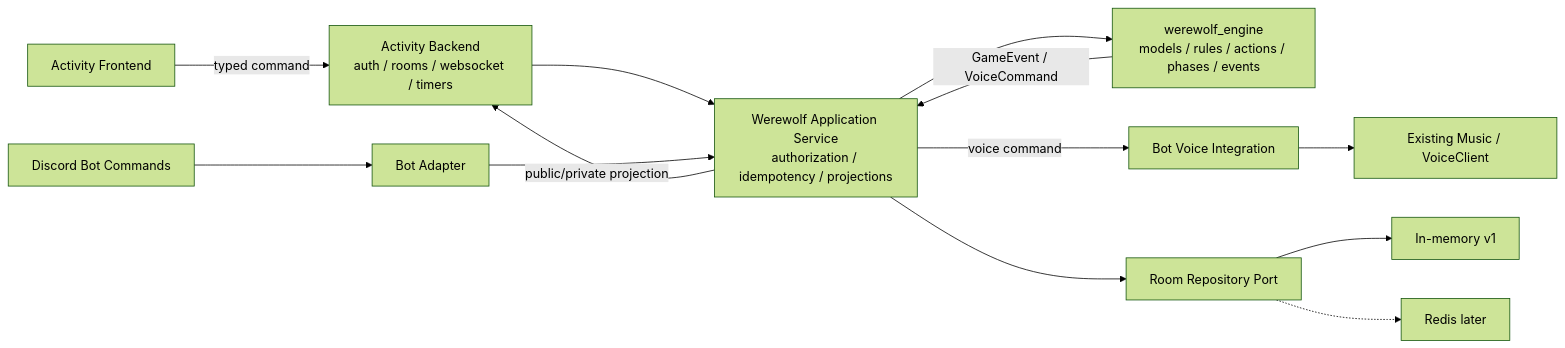
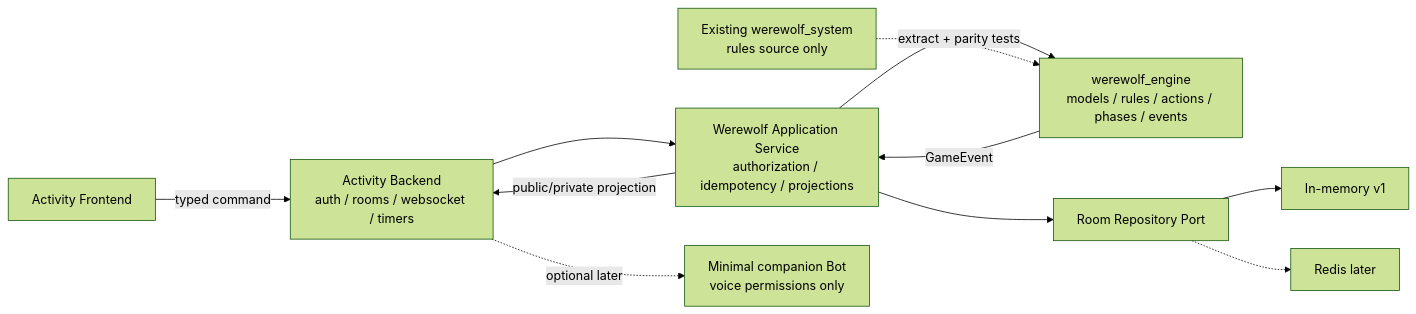
One commit to eric520888/MyDiscordMusicBot changed the second of 2 diagrams in WEREWOLF_DEPENDENCY_MAP.md. Above: the diagram before and after it, drawn with Mermaid (forest theme). The commit also changed other lines of this file and 4 other files, not shown here.

````diff
--- a/WEREWOLF_DEPENDENCY_MAP.md
+++ b/WEREWOLF_DEPENDENCY_MAP.md
@@ -224,15 +233,13 @@
 ```mermaid
 flowchart LR
     FE["Activity Frontend"] -->|"typed command"| BE["Activity Backend<br/>auth / rooms / websocket / timers"]
-    BC["Discord Bot Commands"] --> BA["Bot Adapter"]
     BE --> APP["Werewolf Application Service<br/>authorization / idempotency / projections"]
-    BA --> APP
     APP --> EN["werewolf_engine<br/>models / rules / actions / phases / events"]
-    EN -->|"GameEvent / VoiceCommand"| APP
+    EN -->|"GameEvent"| APP
     APP -->|"public/private projection"| BE
-    APP -->|"voice command"| VI["Bot Voice Integration"]
-    VI --> MU2["Existing Music / VoiceClient"]
     APP --> REPO["Room Repository Port"]
     REPO --> MEM["In-memory v1"]
     REPO -.-> REDIS["Redis later"]
+    SRC["Existing werewolf_system<br/>rules source only"] -. "extract + parity tests" .-> EN
+    BE -. "optional later" .-> CB["Minimal companion Bot<br/>voice permissions only"]
 ```
````
